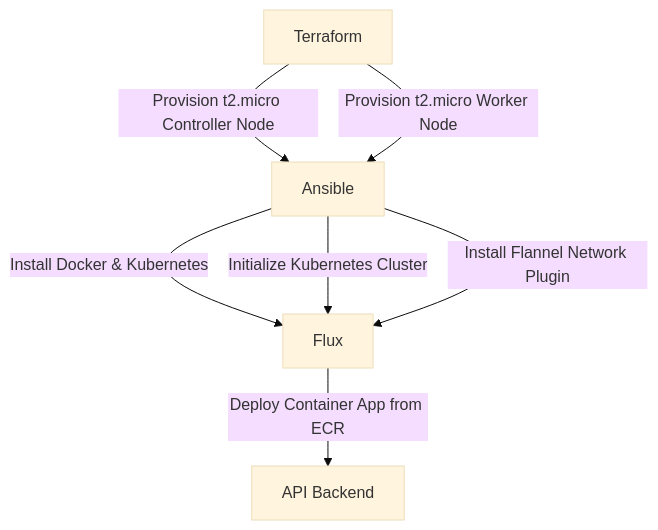
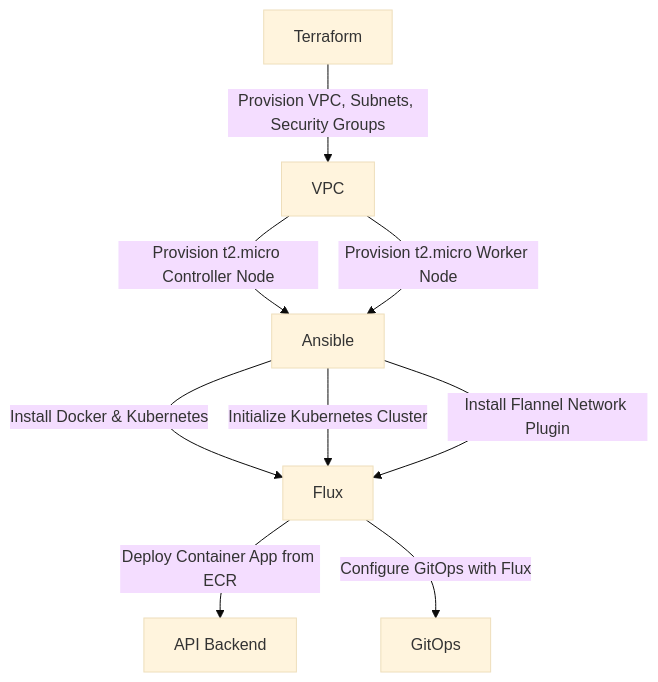
Before and after one commit to considerable/gitops-demo: the diagram in Flux/README.md, drawn with Mermaid (base theme).

````diff
--- a/Flux/README.md
+++ b/Flux/README.md
@@ -55,9 +55,11 @@
 ```mermaid
 graph TD;
-    A[Terraform] -->|Provision t2.micro Controller Node| B[Ansible]
-    A -->|Provision t2.micro Worker Node| B
+    A[Terraform] -->|Provision VPC, Subnets, Security Groups| VPC[VPC]
+    VPC -->|Provision t2.micro Controller Node| B[Ansible]
+    VPC -->|Provision t2.micro Worker Node| B
     B -->|Install Docker & Kubernetes| C[Flux]
     B -->|Initialize Kubernetes Cluster| C
     B -->|Install Flannel Network Plugin| C
     C -->|Deploy Container App from ECR| D[API Backend]
+    C -->|Configure GitOps with Flux| E[GitOps]
 ```
````
